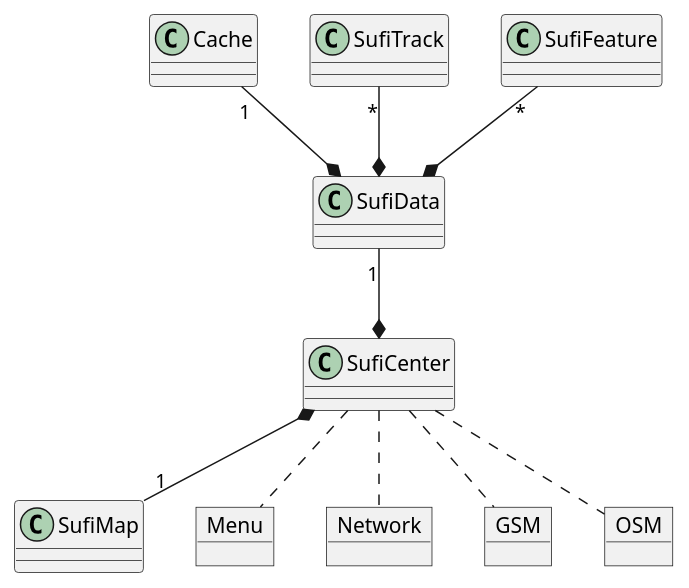
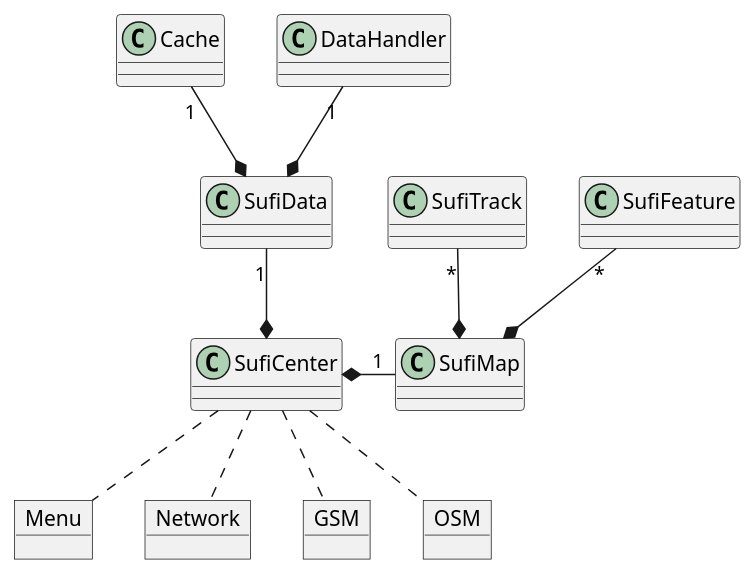
The diagram in Doc/Designer notes.md (MARTIMM/Sufitrail), drawn with PlantUML before and after one commit. The commit also changed other lines of this file, not shown here.

````diff
--- a/Doc/Designer notes.md
+++ b/Doc/Designer notes.md
@@ -41,51 +41,53 @@
 ``` plantuml
 
 class Cache {
 
 }
 
 class SufiData {
 }
 
 class SufiMap {
 }
 
 class SufiTrack {
 }
 
 class SufiFeature {
 }
 
 class SufiCenter {
 }
 
 'note "Menu is a javscript object" as M
 object Menu {
 
 }
 
 object Network {
 
 }
 
 object GSM {
 
 }
 
 object OSM {
 
 }
 
 Cache "1" --* SufiData
-SufiTrack "*" --* SufiData
-SufiFeature "*" --* SufiData
+DataHandler "1" --* SufiData
 SufiData "1" --* SufiCenter
 
 SufiCenter .. Menu
-SufiCenter *-- "1" SufiMap
+SufiCenter *- "1" SufiMap
 SufiCenter .. Network
 SufiCenter .. GSM
 SufiCenter .. OSM
 
+SufiTrack "*" --* SufiMap
+SufiFeature "*" --* SufiMap
+
 
 ```
````
